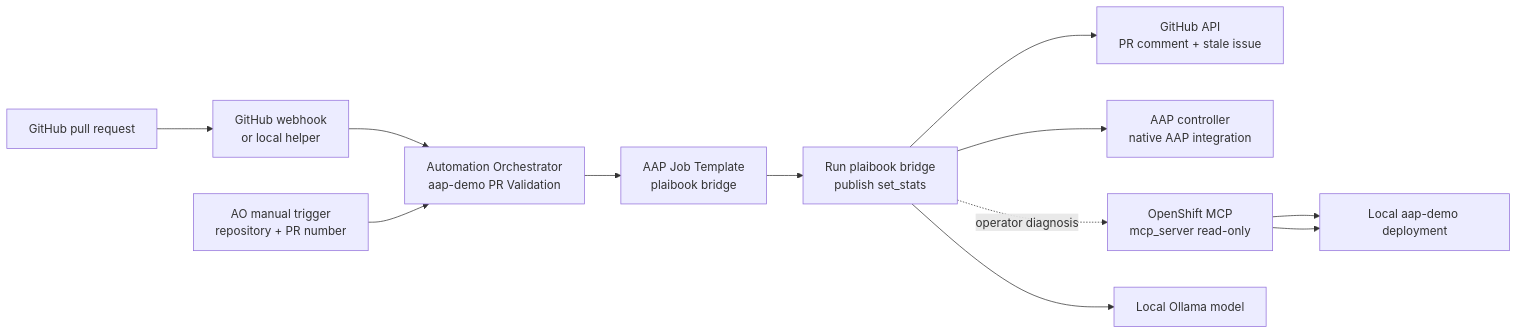
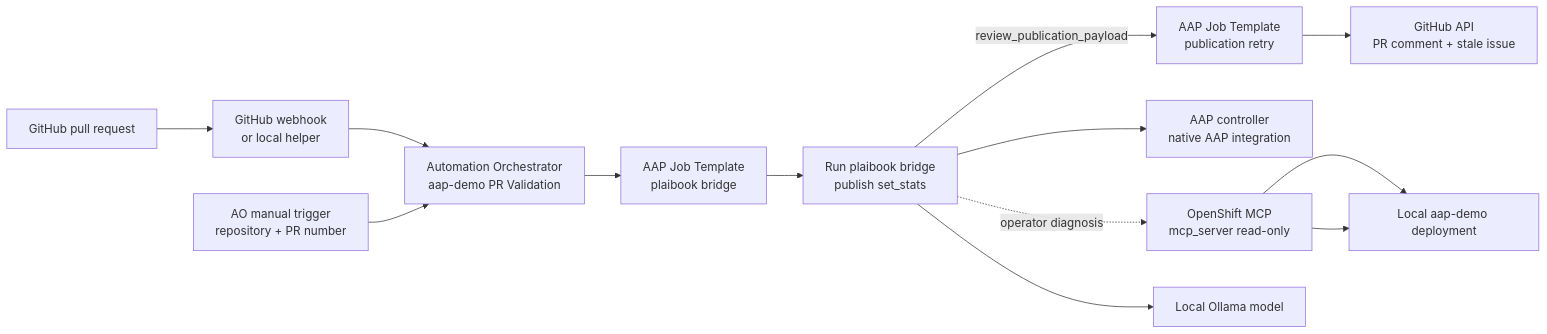
The diagram in docs/adr/024-ao-pr-testing-addon.md (RedHatOfficial/aap-demo), drawn with Mermaid before and after one commit. The commit also changed other lines of this file and 4 other files, not shown here.

Commit message:
feat(ao-pr-testing): separate review publication retry

````diff
--- a/docs/adr/024-ao-pr-testing-addon.md
+++ b/docs/adr/024-ao-pr-testing-addon.md
@@ -156,26 +162,27 @@
 ```mermaid
 flowchart LR
     PR[GitHub pull request]
     WEBHOOK[GitHub webhook<br/>or local helper]
     MANUAL[AO manual trigger<br/>repository + PR number]
 
     AO[Automation Orchestrator<br/>aap-demo PR Validation]
     PLAIBOOK[AAP Job Template<br/>plaibook bridge]
     BRIDGE[Run plaibook bridge<br/>publish set_stats]
+    PUBLISH[AAP Job Template<br/>publication retry]
     GITHUB[GitHub API<br/>PR comment + stale issue]
     AAP[AAP controller<br/>native AAP integration]
     OCP[OpenShift MCP<br/>mcp_server read-only]
     CLUSTER[Local aap-demo deployment]
     LLM[Local Ollama model]
 
     PR --> WEBHOOK
     WEBHOOK --> AO
     MANUAL --> AO
     AO --> PLAIBOOK --> BRIDGE
+    BRIDGE -- review_publication_payload --> PUBLISH --> GITHUB
     BRIDGE --> AAP
     BRIDGE --> LLM
-    BRIDGE --> GITHUB
     OCP --> CLUSTER
     BRIDGE -. operator diagnosis .-> OCP
     OCP --> CLUSTER
 ```
````
